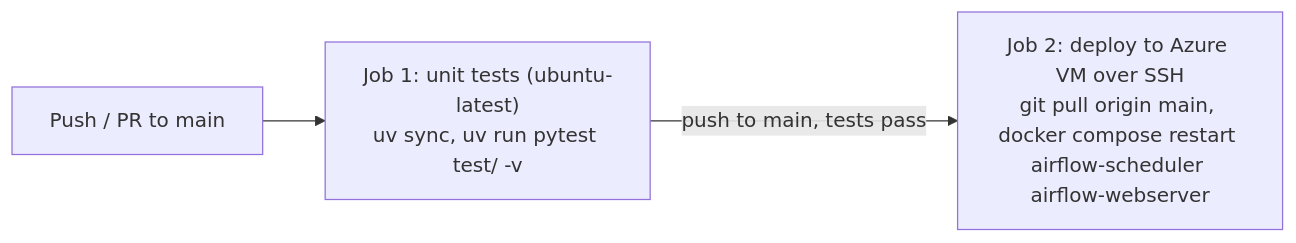
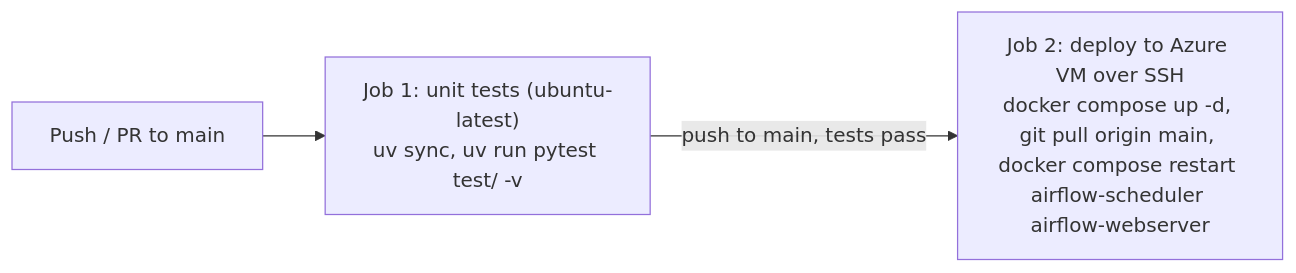
One commit to Cliffe16/NBA-Analytics-Pipeline changed the second of 3 diagrams in README.md. Above: the diagram before and after it, drawn with Mermaid. The commit also changed other lines of this file and 1 other file, not shown here.

````diff
--- a/README.md
+++ b/README.md
@@ -101,5 +108,5 @@
 ```mermaid
 flowchart LR
     PUSH["Push / PR to main"] --> TEST["Job 1: unit tests (ubuntu-latest)<br/>uv sync, uv run pytest test/ -v"]
-    TEST -->|"push to main, tests pass"| DEPLOY["Job 2: deploy to Azure VM over SSH<br/>git pull origin main, docker compose restart airflow-scheduler airflow-webserver"]
+    TEST -->|"push to main, tests pass"| DEPLOY["Job 2: deploy to Azure VM over SSH<br/>docker compose up -d, git pull origin main, docker compose restart airflow-scheduler airflow-webserver"]
 ```
````
